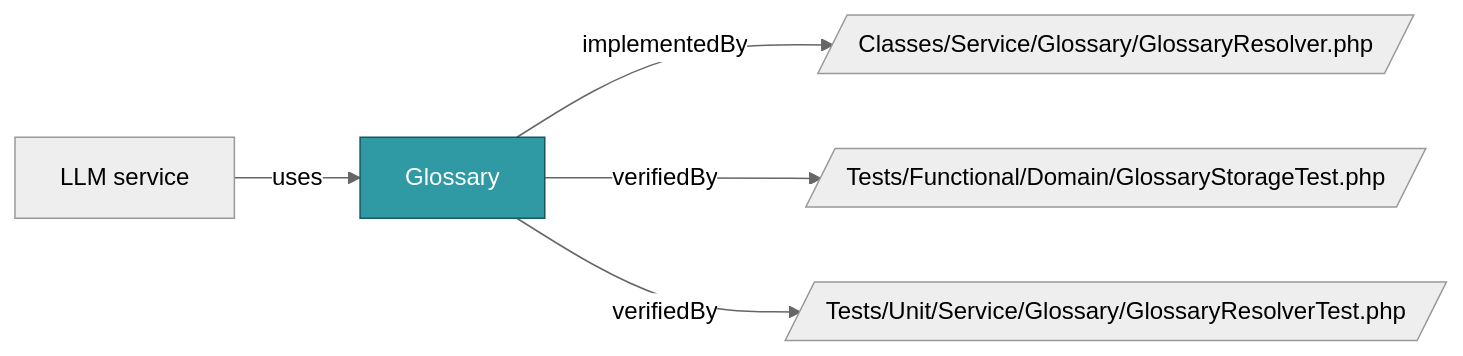
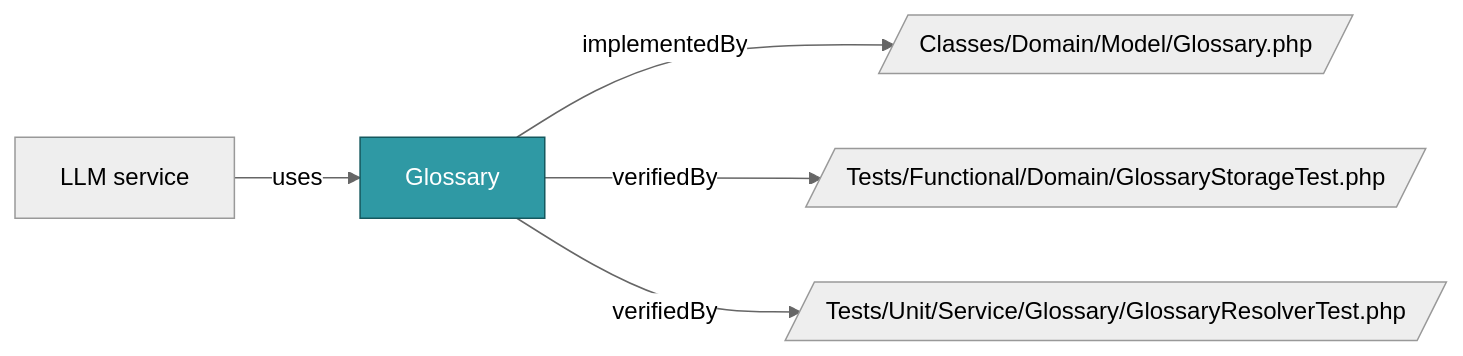
One commit to netresearch/t3x-nr-llm changed the diagram in docs/ontology/concepts/glossary.md. Above: the diagram before and after it, drawn with Mermaid (neutral theme). The commit also changed other lines of this file and 6 other files, not shown here.

````diff
--- a/docs/ontology/concepts/glossary.md
+++ b/docs/ontology/concepts/glossary.md
@@ -24,14 +24,14 @@
 ```mermaid
 flowchart LR
   c["Glossary"]
-  n1[/"Classes/Service/Glossary/GlossaryResolver.php"/]
+  n1[/"Classes/Domain/Model/Glossary.php"/]
   n2[/"Tests/Functional/Domain/GlossaryStorageTest.php"/]
   n3[/"Tests/Unit/Service/Glossary/GlossaryResolverTest.php"/]
   n4["LLM service"]
   c -->|"implementedBy"| n1
   c -->|"verifiedBy"| n2
   c -->|"verifiedBy"| n3
   n4 -->|"uses"| c
   classDef focus fill:#2F99A4,stroke:#15585E,color:#ffffff
   class c focus
 ```
````
